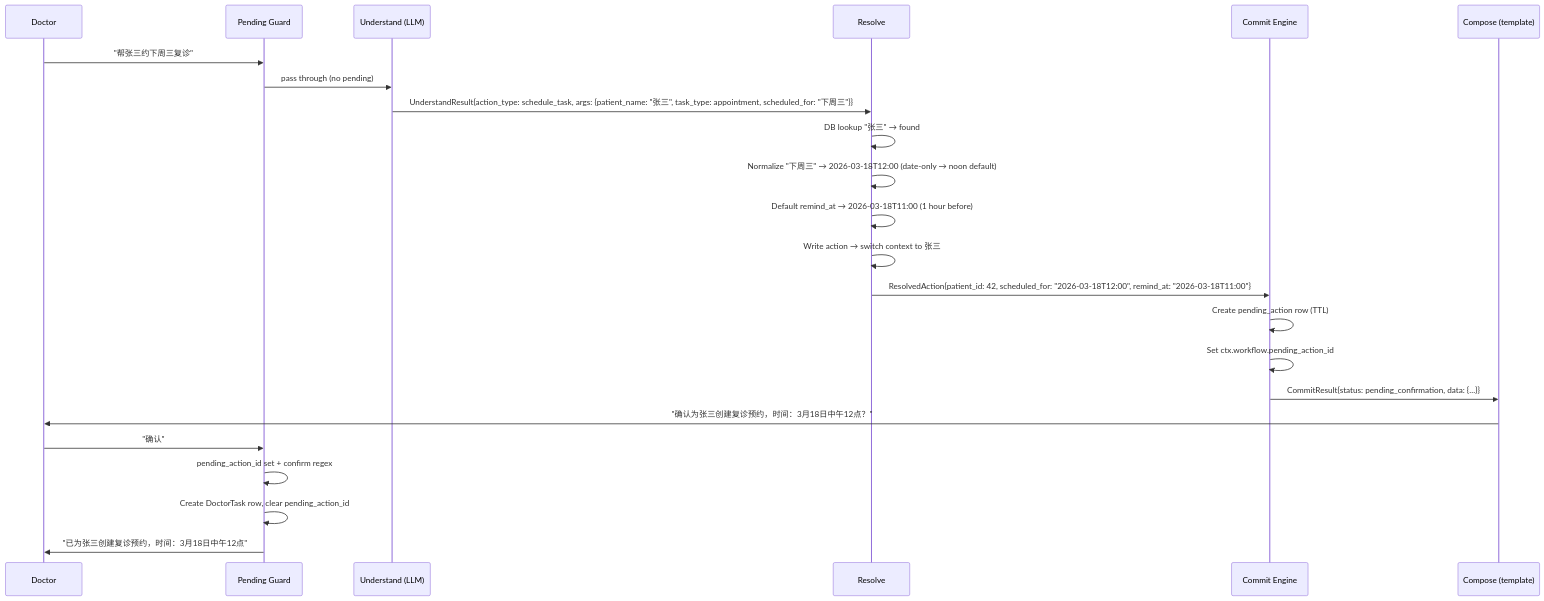
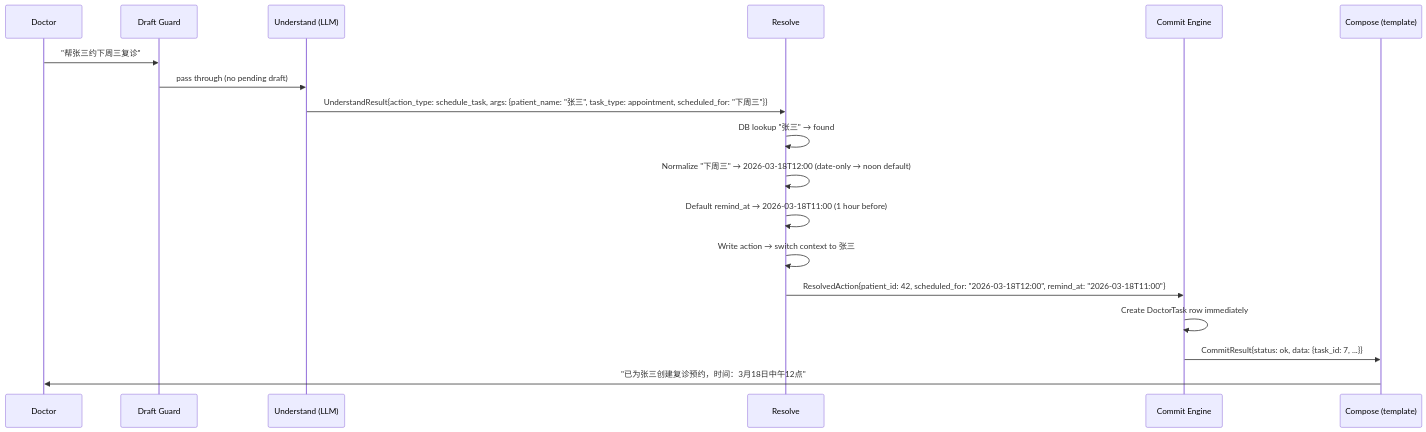
Before and after one commit to moments8890/doctor-ai-agent: the third of 7 diagrams in docs/adr/0012-architecture-diagram.md, drawn with Mermaid. The commit also changed other lines of this file and 2 other files, not shown here.

First line of the commit message:
docs: schedule_task commits immediately — drop pending action state machine

````diff
--- a/docs/adr/0012-architecture-diagram.md
+++ b/docs/adr/0012-architecture-diagram.md
@@ -92,27 +92,21 @@
 ```mermaid
 sequenceDiagram
     participant D as Doctor
-    participant PG as Pending Guard
+    participant DG as Draft Guard
     participant U as Understand (LLM)
     participant R as Resolve
     participant CE as Commit Engine
     participant Co as Compose (template)
 
-    D->>PG: "帮张三约下周三复诊"
-    PG->>U: pass through (no pending)
+    D->>DG: "帮张三约下周三复诊"
+    DG->>U: pass through (no pending draft)
     U->>R: UnderstandResult{action_type: schedule_task, args: {patient_name: "张三", task_type: appointment, scheduled_for: "下周三"}}
     R->>R: DB lookup "张三" → found
     R->>R: Normalize "下周三" → 2026-03-18T12:00 (date-only → noon default)
     R->>R: Default remind_at → 2026-03-18T11:00 (1 hour before)
     R->>R: Write action → switch context to 张三
     R->>CE: ResolvedAction{patient_id: 42, scheduled_for: "2026-03-18T12:00", remind_at: "2026-03-18T11:00"}
-    CE->>CE: Create pending_action row (TTL)
-    CE->>CE: Set ctx.workflow.pending_action_id
-    CE->>Co: CommitResult{status: pending_confirmation, data: {...}}
-    Co->>D: "确认为张三创建复诊预约，时间：3月18日中午12点？"
-
-    D->>PG: "确认"
-    PG->>PG: pending_action_id set + confirm regex
-    PG->>PG: Create DoctorTask row, clear pending_action_id
-    PG->>D: "已为张三创建复诊预约，时间：3月18日中午12点"
+    CE->>CE: Create DoctorTask row immediately
+    CE->>Co: CommitResult{status: ok, data: {task_id: 7, ...}}
+    Co->>D: "已为张三创建复诊预约，时间：3月18日中午12点"
 ```
````
